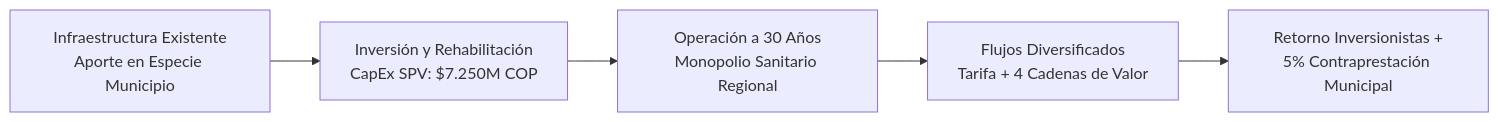
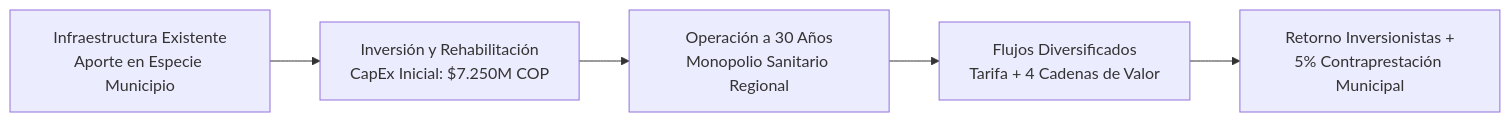
Before and after one commit to srbde/ruapp-data-room: the diagram in 00_resumen_ejecutivo/pba-libano-investment-teaser-v1.md, drawn with Mermaid. The commit also changed other lines of this file and 3 other files, not shown here.

````diff
--- a/00_resumen_ejecutivo/pba-libano-investment-teaser-v1.md
+++ b/00_resumen_ejecutivo/pba-libano-investment-teaser-v1.md
@@ -15,7 +15,7 @@
 ```mermaid
 graph LR
-    A["Infraestructura Existente<br>Aporte en Especie Municipio"] --> B["Inversión y Rehabilitación<br>CapEx SPV: $7.250M COP"]
+    A["Infraestructura Existente<br>Aporte en Especie Municipio"] --> B["Inversión y Rehabilitación<br>CapEx Inicial: $7.250M COP"]
     B --> C["Operación a 30 Años<br>Monopolio Sanitario Regional"]
     C --> D["Flujos Diversificados<br>Tarifa + 4 Cadenas de Valor"]
     D --> E["Retorno Inversionistas +<br>5% Contraprestación Municipal"]
 ```
````
